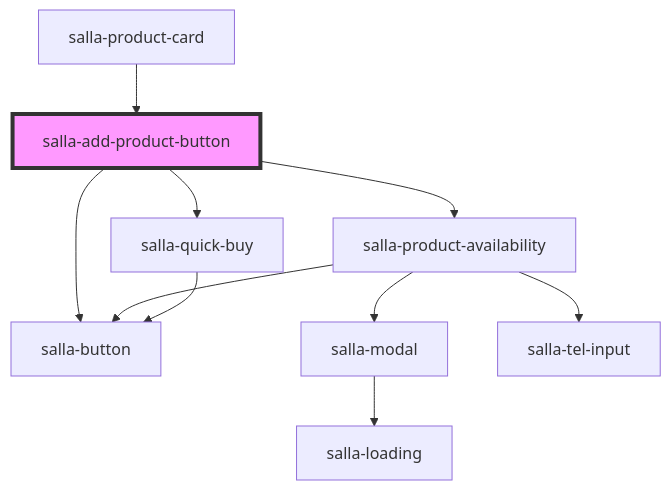
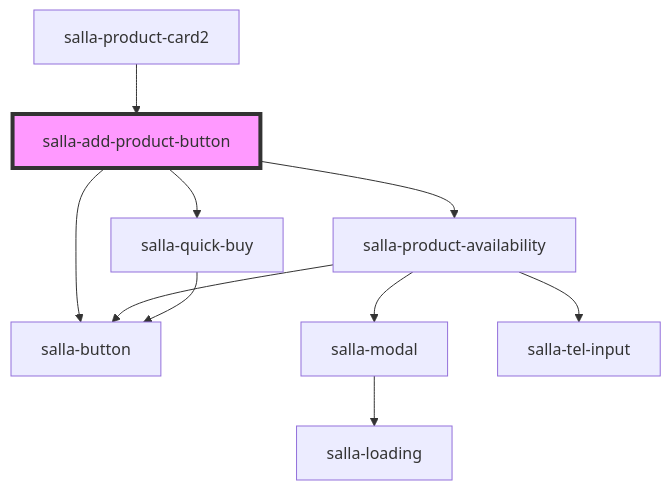
Before and after one commit to Almo7aya/twilight-components_test: the diagram in src/components/salla-add-product-button/readme.md, drawn with Mermaid. The commit also changed other lines of this file and 6 other files, not shown here.

````diff
--- a/src/components/salla-add-product-button/readme.md
+++ b/src/components/salla-add-product-button/readme.md
@@ -45,13 +45,13 @@
 ```mermaid
 graph TD;
   salla-add-product-button --> salla-product-availability
   salla-add-product-button --> salla-button
   salla-add-product-button --> salla-quick-buy
   salla-product-availability --> salla-button
   salla-product-availability --> salla-modal
   salla-product-availability --> salla-tel-input
   salla-modal --> salla-loading
   salla-quick-buy --> salla-button
-  salla-product-card --> salla-add-product-button
+  salla-product-card2 --> salla-add-product-button
   style salla-add-product-button fill:#f9f,stroke:#333,stroke-width:4px
 ```
````
